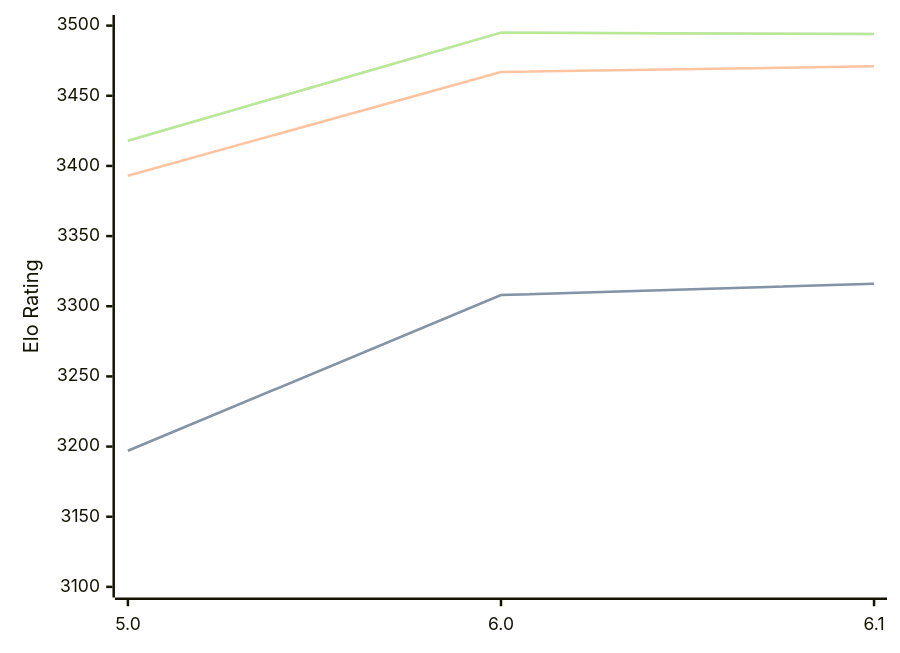
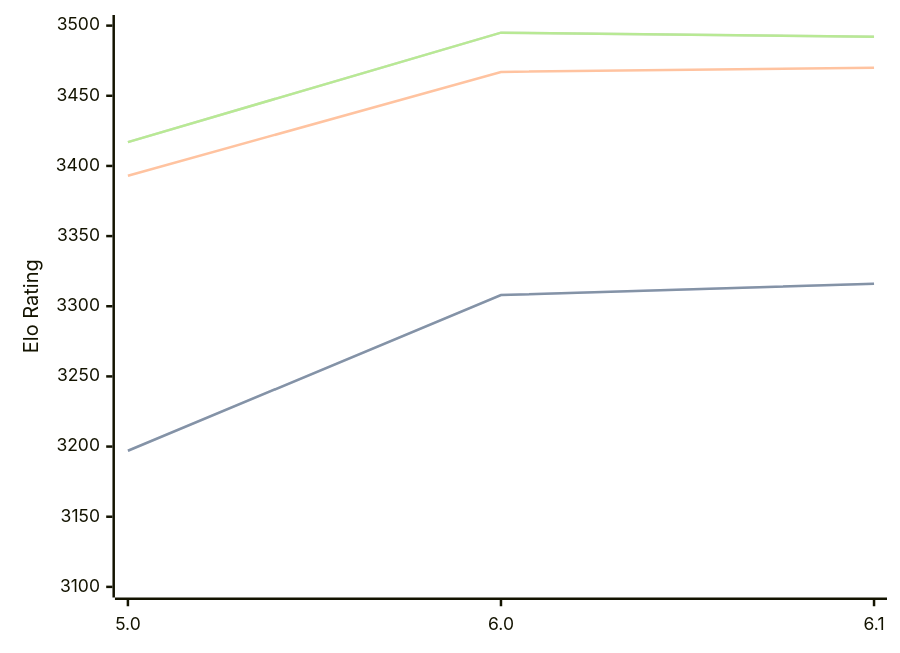
The first of 3 diagrams in engines/Starzix.md (computer-chess-index/cci), drawn with Mermaid before and after one commit. The commit also changed other lines of this file, not shown here.

Commit message:
Update CCI Ratings (ELO VLTC) - 2026-06-20

````diff
--- a/engines/Starzix.md
+++ b/engines/Starzix.md
@@ -37,11 +37,11 @@
 ```mermaid
 %%{init: {"theme":"base","themeVariables":{"seriesColors:['#a3a3a3','#222221','#faa371']}}}%%
 xychart-beta
   x-axis ["5.0", "6.0", "6.1"]
   y-axis "Elo Rating" 3100 --> 3500
   line "STC (8.0+0.08s)" [3197, 3308, 3316]
   line "STC (8.0+0.08s)" [3197, 3308, 3316]
-  line "LTC (60.0+0.60s)" [3393, 3467, 3471]
-  line "VLTC (2m24s+1.12s)" [3418, 3495, 3494]
-  line "VLTC (2m24s+1.12s)" [3418, 3495, 3494]
+  line "LTC (60.0+0.60s)" [3393, 3467, 3470]
+  line "VLTC (2m24s+1.12s)" [3417, 3495, 3492]
+  line "VLTC (2m24s+1.12s)" [3417, 3495, 3492]
 ```
````
